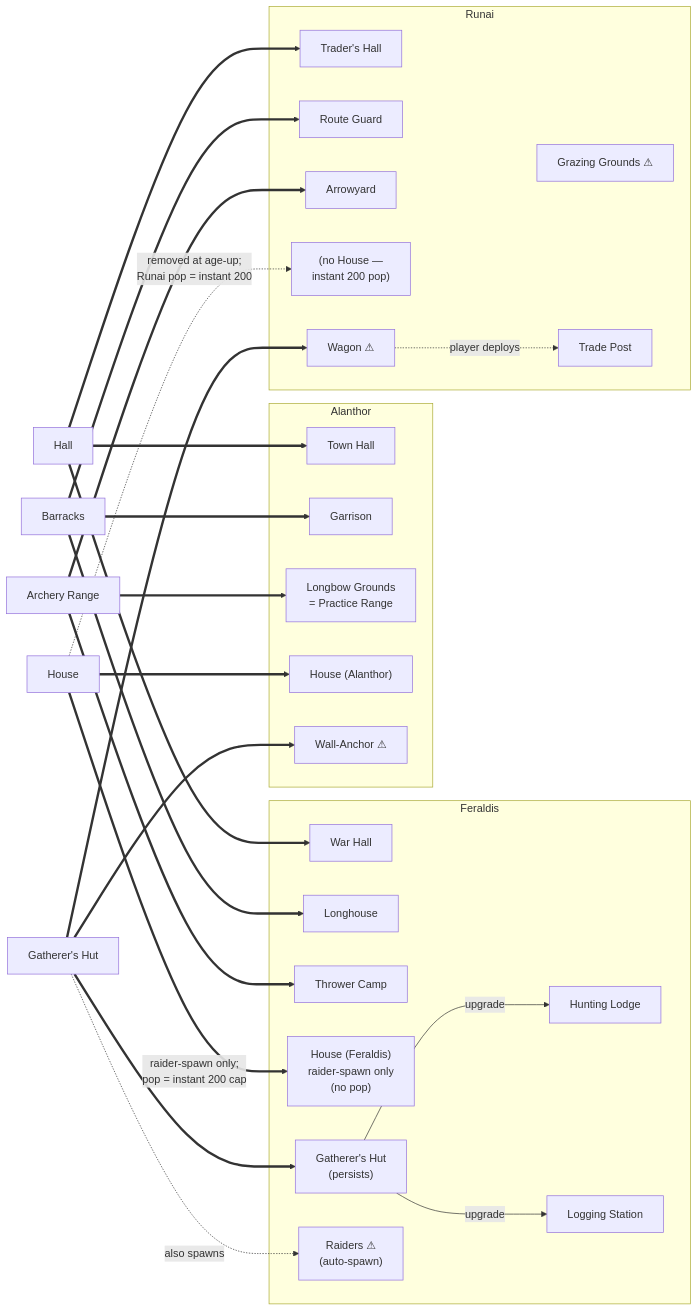
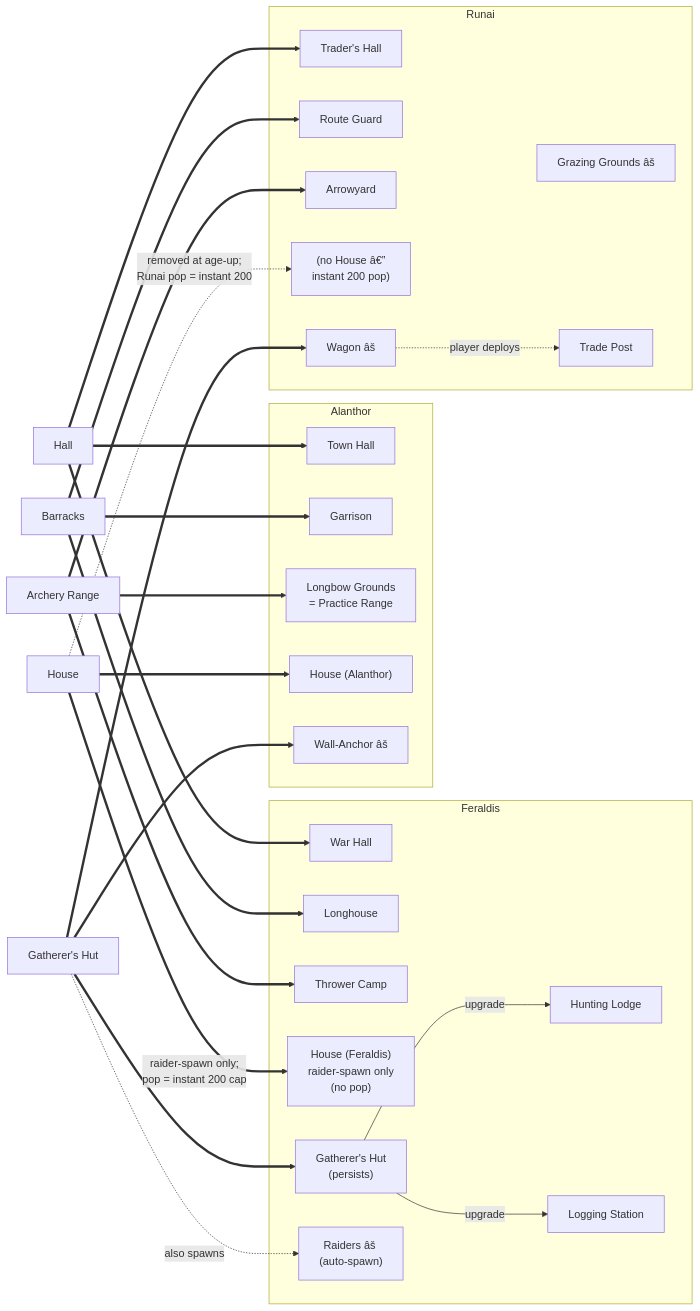
The first of 5 diagrams in docs/Design/Complete.md (LuisMartinsGit/super_duper_twb1.2), drawn with Mermaid before and after one commit. The commit also changed other lines of this file and 3088 other files, not shown here.

````diff
--- a/docs/Design/Complete.md
+++ b/docs/Design/Complete.md
@@ -1943,51 +1951,51 @@
 ```mermaid
 flowchart LR
     Hall0["Hall"]
     Bar0["Barracks"]
     AR0["Archery Range"]
     H0["House"]
     GH0["Gatherer's Hut"]
 
     subgraph Alanthor
         TH_A["Town Hall"]
         Gar["Garrison"]
         LG_A["Longbow Grounds<br/>= Practice Range"]
         H_A["House (Alanthor)"]
-        WallA["Wall-Anchor ⚠"]
+        WallA["Wall-Anchor âš "]
     end
 
     subgraph Runai
         TrH["Trader's Hall"]
         RG_R["Route Guard"]
         AY_R["Arrowyard"]
-        GG_R["Grazing Grounds ⚠"]
-        NoHouse_R["(no House —<br/>instant 200 pop)"]
-        Wagon["Wagon ⚠"]
+        GG_R["Grazing Grounds âš "]
+        NoHouse_R["(no House â€”<br/>instant 200 pop)"]
+        Wagon["Wagon âš "]
         TP["Trade Post"]
     end
 
     subgraph Feraldis
         WH_F["War Hall"]
         LH_F["Longhouse"]
         TC_F["Thrower Camp"]
         H_F["House (Feraldis)<br/>raider-spawn only<br/>(no pop)"]
         FGH_F["Gatherer's Hut<br/>(persists)"]
         HL_F["Hunting Lodge"]
         LS_F["Logging Station"]
-        FR_F["Raiders ⚠<br/>(auto-spawn)"]
+        FR_F["Raiders âš <br/>(auto-spawn)"]
     end
 
     Hall0 ==> TH_A & TrH & WH_F
     Bar0 ==> Gar & RG_R & LH_F
     AR0 ==> LG_A & AY_R & TC_F
     H0 ==> H_A
     H0 ==>|"raider-spawn only;<br/>pop = instant 200 cap"| H_F
     H0 -.->|"removed at age-up;<br/>Runai pop = instant 200"| NoHouse_R
     GH0 ==> WallA
     GH0 ==> Wagon
     GH0 ==> FGH_F
     GH0 -.->|"also spawns"| FR_F
     Wagon -.->|"player deploys"| TP
     FGH_F -->|"upgrade"| HL_F
     FGH_F -->|"upgrade"| LS_F
 ```
````
